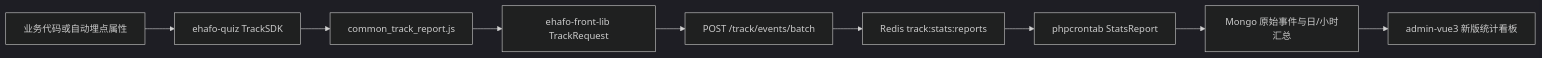
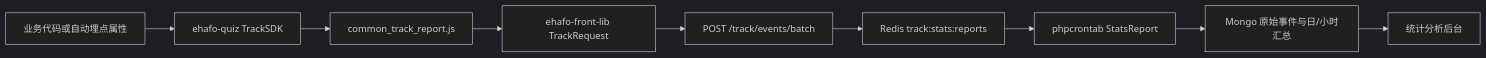
One commit to Charbo23/legacy changed the diagram in docs/ehafo-frontend/tracking.md. Above: the diagram before and after it, drawn with Mermaid (dark theme). The commit also changed other lines of this file and 2 other files, not shown here.

````diff
--- a/docs/ehafo-frontend/tracking.md
+++ b/docs/ehafo-frontend/tracking.md
@@ -7,11 +7,11 @@
 ```mermaid
 flowchart LR
     B[业务代码或自动埋点属性] --> T[ehafo-quiz TrackSDK]
     T --> A[common_track_report.js]
     A --> F[ehafo-front-lib TrackRequest]
     F --> V[POST /track/events/batch]
     V --> Q[Redis track:stats:reports]
     Q --> P[phpcrontab StatsReport]
     P --> M[Mongo 原始事件与日/小时汇总]
-    M --> D[admin-vue3 新版统计看板]
+    M --> D[统计分析后台]
 ```
````
